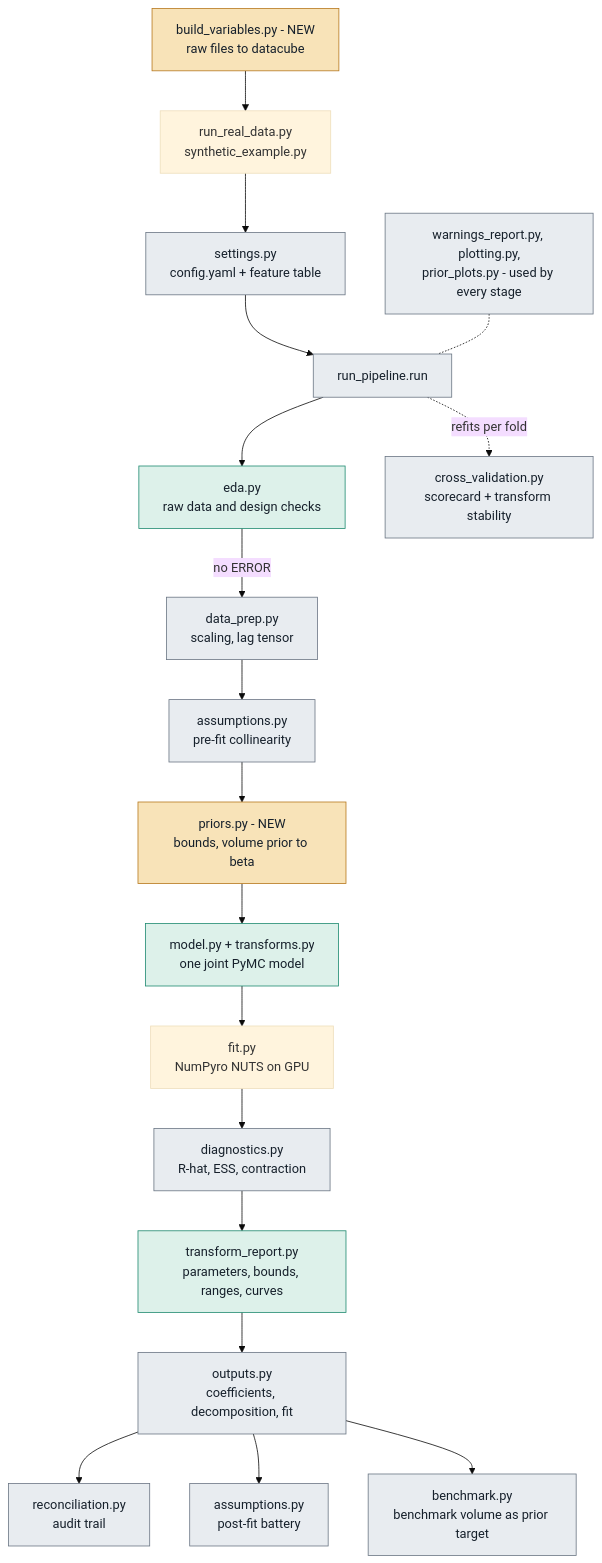
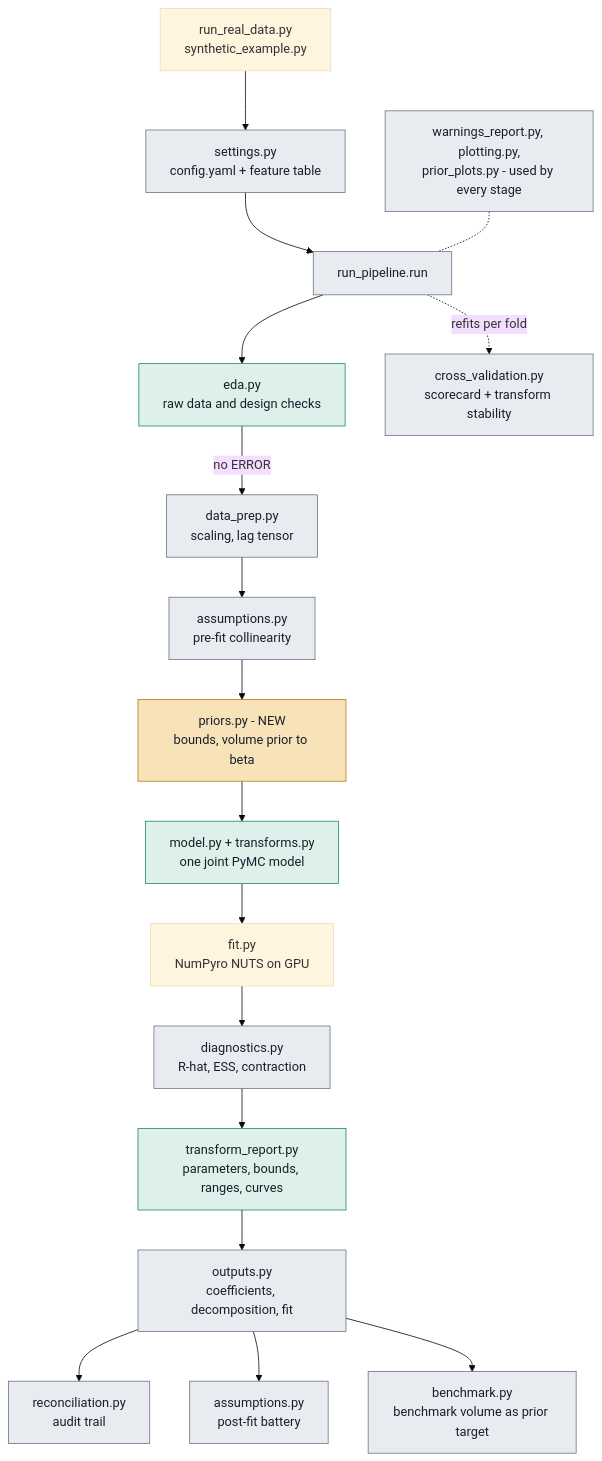
One commit to Ikshvaku24/mmm changed the eighth of 8 diagrams in codebase2_full_mmm/docs/PHASE2_ARCHITECTURE.md. Above: the diagram before and after it, drawn with Mermaid (base theme). The commit also changed other lines of this file and 5 other files, not shown here.

````diff
--- a/codebase2_full_mmm/docs/PHASE2_ARCHITECTURE.md
+++ b/codebase2_full_mmm/docs/PHASE2_ARCHITECTURE.md
@@ -1146,26 +1147,25 @@
 ```mermaid
 flowchart TB
-    BV["build_variables.py - NEW<br/>raw files to datacube"] --> DRV["run_real_data.py<br/>synthetic_example.py"]
-    DRV --> SET["settings.py<br/>config.yaml + feature table"]
+    DRV["run_real_data.py<br/>synthetic_example.py"] --> SET["settings.py<br/>config.yaml + feature table"]
     SET --> RUN["run_pipeline.run"]
     RUN --> EDA["eda.py<br/>raw data and design checks"]
     EDA -->|no ERROR| PREP["data_prep.py<br/>scaling, lag tensor"]
     PREP --> PRE["assumptions.py<br/>pre-fit collinearity"]
     PRE --> PRI["priors.py - NEW<br/>bounds, volume prior to beta"]
     PRI --> MOD["model.py + transforms.py<br/>one joint PyMC model"]
     MOD --> FIT["fit.py<br/>NumPyro NUTS on GPU"]
     FIT --> DIA["diagnostics.py<br/>R-hat, ESS, contraction"]
     DIA --> TRR["transform_report.py<br/>parameters, bounds, ranges, curves"]
     TRR --> OUT["outputs.py<br/>coefficients, decomposition, fit"]
     OUT --> REC["reconciliation.py<br/>audit trail"]
     OUT --> POST["assumptions.py<br/>post-fit battery"]
     OUT --> BEN["benchmark.py<br/>benchmark volume as prior target"]
     RUN -.->|refits per fold| CV["cross_validation.py<br/>scorecard + transform stability"]
     WARN["warnings_report.py, plotting.py,<br/>prior_plots.py - used by every stage"] -.- RUN
     classDef new fill:#F8E3B8,stroke:#B7791F,color:#16202B
     classDef keep fill:#DDF1EA,stroke:#1F8A70,color:#16202B
     classDef port fill:#E8ECF0,stroke:#6B7684,color:#16202B
-    class PRI,BV new
+    class PRI new
     class EDA,MOD,TRR keep
     class SET,PRE,DIA,REC,POST,BEN,WARN,PREP,OUT,CV,RUN port
 ```
````
